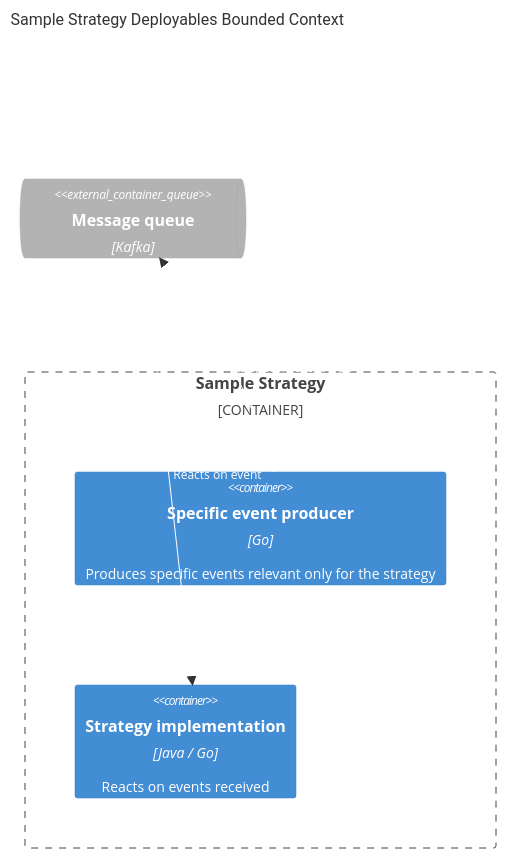
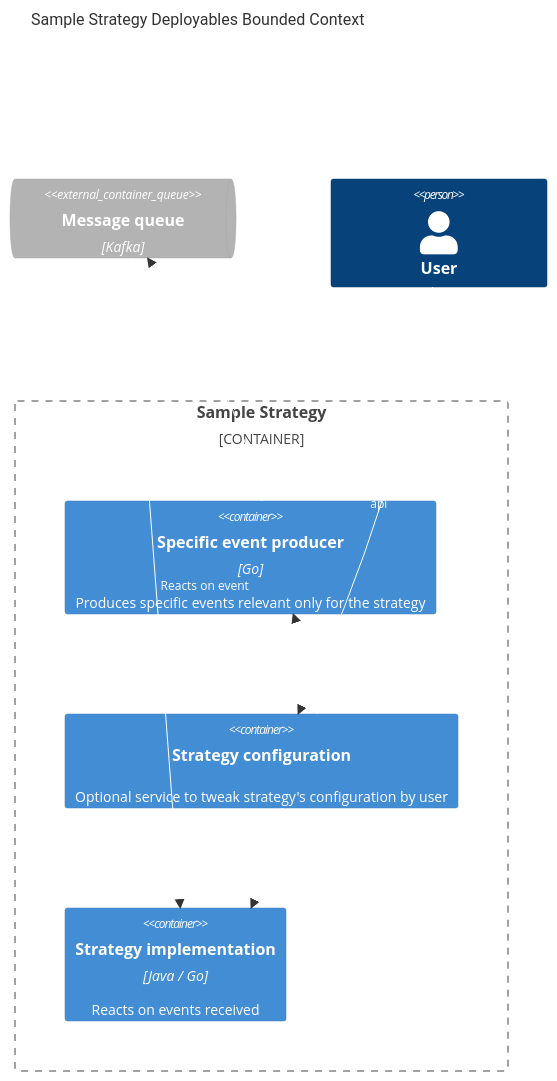
The diagram in docs/sample_strategy_deployables_c4.md (marketing-tema/trading-automatization), drawn with Mermaid before and after one commit.

Commit message:
update sample strategy scheme

````diff
--- a/docs/sample_strategy_deployables_c4.md
+++ b/docs/sample_strategy_deployables_c4.md
@@ -1,17 +1,26 @@
 ```mermaid
     C4Context
     title Sample Strategy Deployables Bounded Context
     
     ContainerQueue_Ext(mq, "Message queue", "Kafka")
 
     Container_Boundary(с1, " Sample Strategy") {
         Container(eventProducer, "Specific event producer", "Go", "Produces specific events relevant only for the strategy")
+        Container(configuration, "Strategy configuration", "", "Optional service to tweak strategy's configuration by user")
         Container(strategy, "Strategy implementation", "Java / Go", "Reacts on events received")
     }
-    
+    Person(trader, "User")
     Rel(mq, strategy, "Reacts on event")
     Rel(eventProducer, mq, "Puts specific event type")
+    Rel(configuration, strategy, "Configures")
+    Rel(configuration, eventProducer, "Configures")
+    Rel(trader, configuration, "api")
 
     UpdateRelStyle(mq, strategy, $textColor="white", $lineColor="white", $offsetX="5")
     UpdateRelStyle(eventProducer, mq, $textColor="white", $lineColor="white", $offsetX="5")
+    UpdateRelStyle(configuration, strategy, $textColor="white", $lineColor="white", $offsetX="5")
+    UpdateRelStyle(configuration, eventProducer, $textColor="white", $lineColor="white", $offsetX="5")
+    UpdateRelStyle(trader, configuration, $textColor="white", $lineColor="white", $offsetX="5")
+
+    UpdateLayoutConfig($c4ShapeInRow="2", $c4BoundaryInRow="1") 
 ```
````
